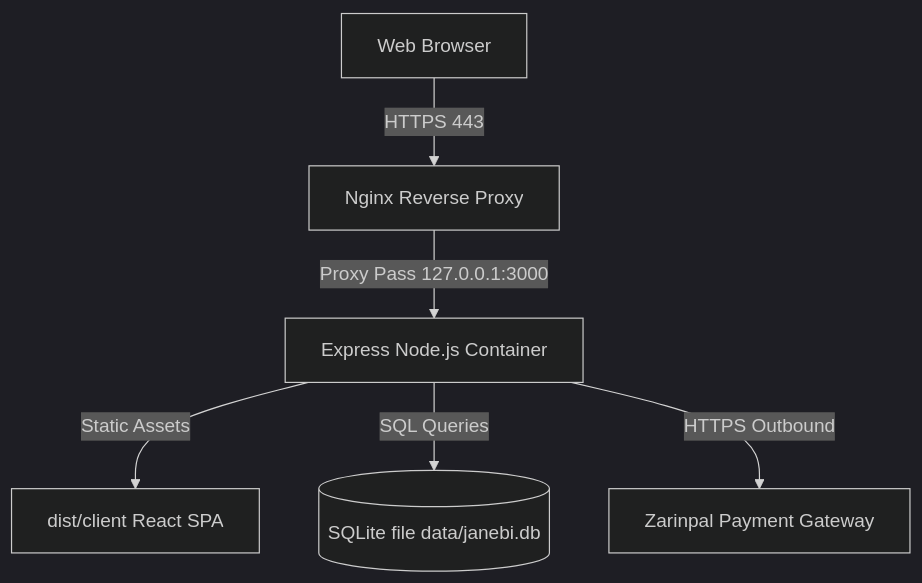
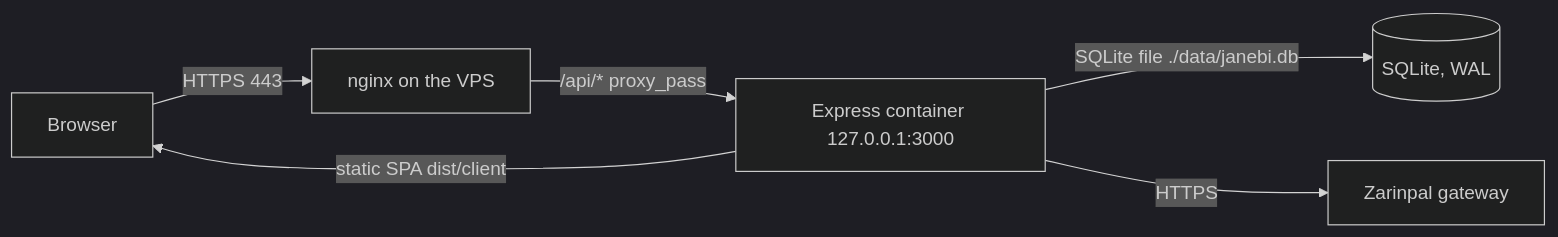
One commit to MrRooobooot/Janebi-Store changed the diagram in docs/reference/deployment-baseline.md. Above: the diagram before and after it, drawn with Mermaid (dark theme). The commit also changed other lines of this file and 46 other files, not shown here.

````diff
--- a/docs/reference/deployment-baseline.md
+++ b/docs/reference/deployment-baseline.md
@@ -5,8 +7,8 @@
 ```mermaid
-graph TD
-    Client[Web Browser] -->|HTTPS 443| Nginx[Nginx Reverse Proxy]
-    Nginx -->|Proxy Pass 127.0.0.1:3000| ExpressApp[Express Node.js Container]
-    ExpressApp -->|Static Assets| ClientBundle[dist/client React SPA]
-    ExpressApp -->|SQL Queries| SQLite[(SQLite file data/janebi.db)]
-    ExpressApp -->|HTTPS Outbound| ZarinpalAPI[Zarinpal Payment Gateway]
+graph LR
+    Browser -->|HTTPS 443| Nginx[nginx on the VPS]
+    Nginx -->|/api/* proxy_pass| App[Express container 127.0.0.1:3000]
+    App -->|static SPA dist/client| Browser
+    App -->|SQLite file ./data/janebi.db| DB[(SQLite, WAL)]
+    App -->|HTTPS| Zarinpal[Zarinpal gateway]
 ```
````
